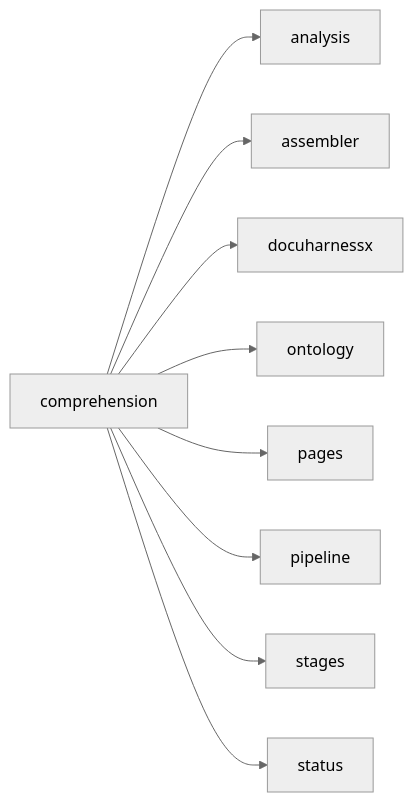
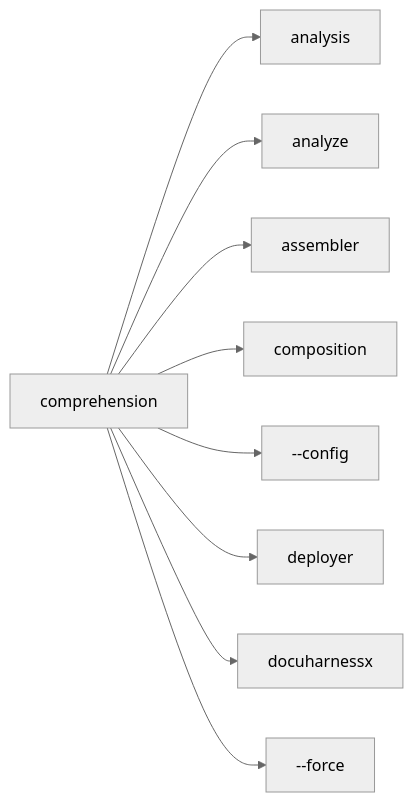
Before and after one commit to norandom/DocuHarnessX: the sixth of 30 diagrams in docs/glossary.md, drawn with Mermaid (neutral theme). The commit also changed other lines of this file and 18 other files, not shown here.

First line of the commit message:
feat(architect-narrative): conceptual Hypertree via InfoVis Toolkit

````diff
--- a/docs/glossary.md
+++ b/docs/glossary.md
@@ -209,20 +212,20 @@
 ```mermaid
 flowchart LR
  here["comprehension"]
  r0["analysis"]
  here --> r0
- r1["assembler"]
+ r1["analyze"]
  here --> r1
- r2["docuharnessx"]
+ r2["assembler"]
  here --> r2
- r3["ontology"]
+ r3["composition"]
  here --> r3
- r4["pages"]
+ r4["--config"]
  here --> r4
- r5["pipeline"]
+ r5["deployer"]
  here --> r5
- r6["stages"]
+ r6["docuharnessx"]
  here --> r6
- r7["status"]
+ r7["--force"]
  here --> r7
 ```
````
